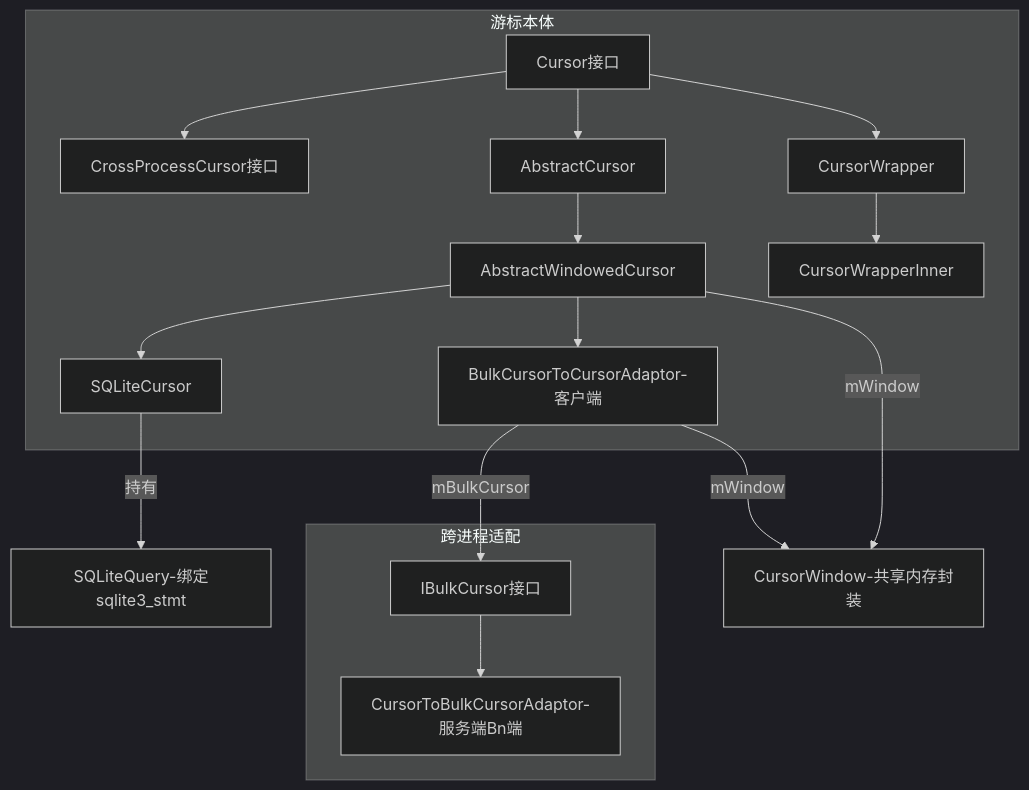
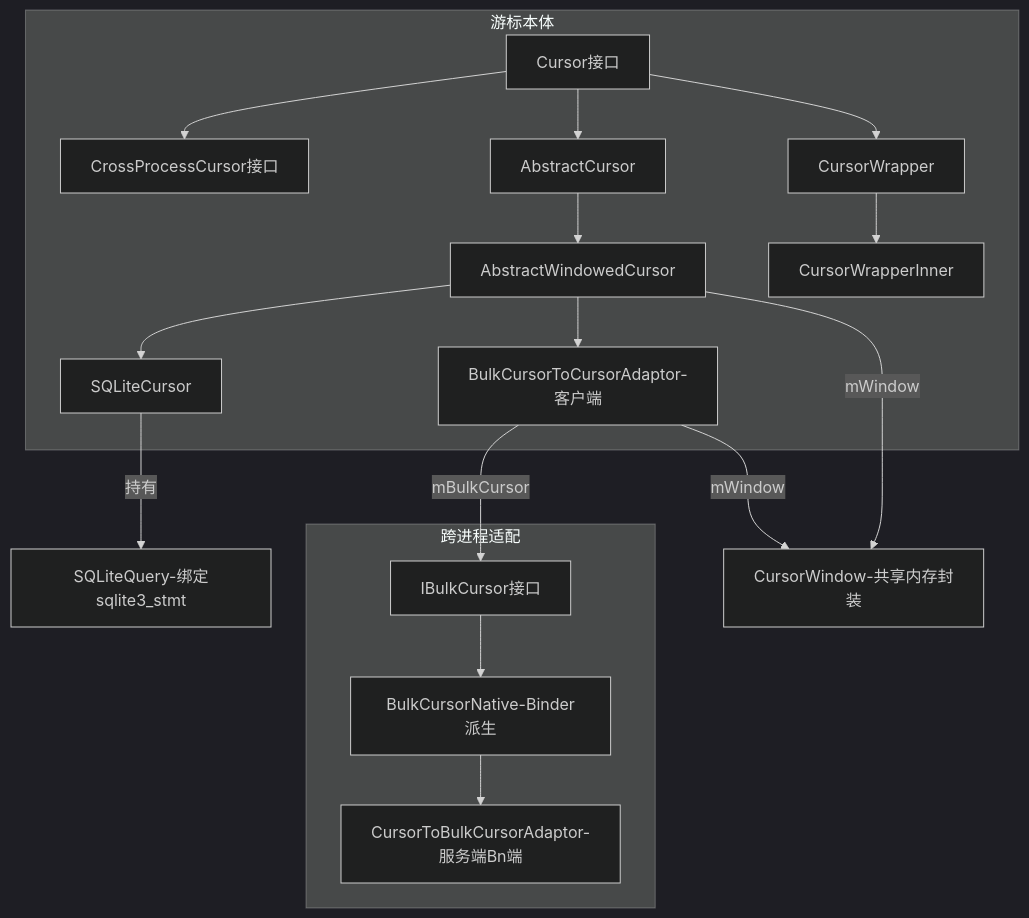
The fourth of 5 diagrams in Android/深入理解Android卷II/06-深入理解ContentProvider.md (coswit/coswit.github.io), drawn with Mermaid (dark theme) before and after one commit. The commit also changed other lines of this file and 7 other files, not shown here.

````diff
--- a/Android/深入理解Android卷II/06-深入理解ContentProvider.md
+++ b/Android/深入理解Android卷II/06-深入理解ContentProvider.md
@@ -892,19 +916,20 @@
 ```mermaid
 graph TD
     subgraph S1["游标本体"]
         C[Cursor接口] --> CPC[CrossProcessCursor接口]
         C --> AC[AbstractCursor]
         AC --> AWC[AbstractWindowedCursor]
         AWC --> SC[SQLiteCursor]
         C --> CW[CursorWrapper]
         CW --> CWI[CursorWrapperInner]
         AWC --> B2C[BulkCursorToCursorAdaptor-客户端]
     end
     subgraph S2["跨进程适配"]
-        IB[IBulkCursor接口] --> C2B[CursorToBulkCursorAdaptor-服务端Bn端]
+        BN[BulkCursorNative-Binder派生] --> C2B[CursorToBulkCursorAdaptor-服务端Bn端]
+        IB[IBulkCursor接口] --> BN
         B2C -- mBulkCursor --> IB
     end
     SC -- 持有 --> Q[SQLiteQuery-绑定sqlite3_stmt]
     AWC -- mWindow --> WIN[CursorWindow-共享内存封装]
     B2C -- mWindow --> WIN
 ```
````
